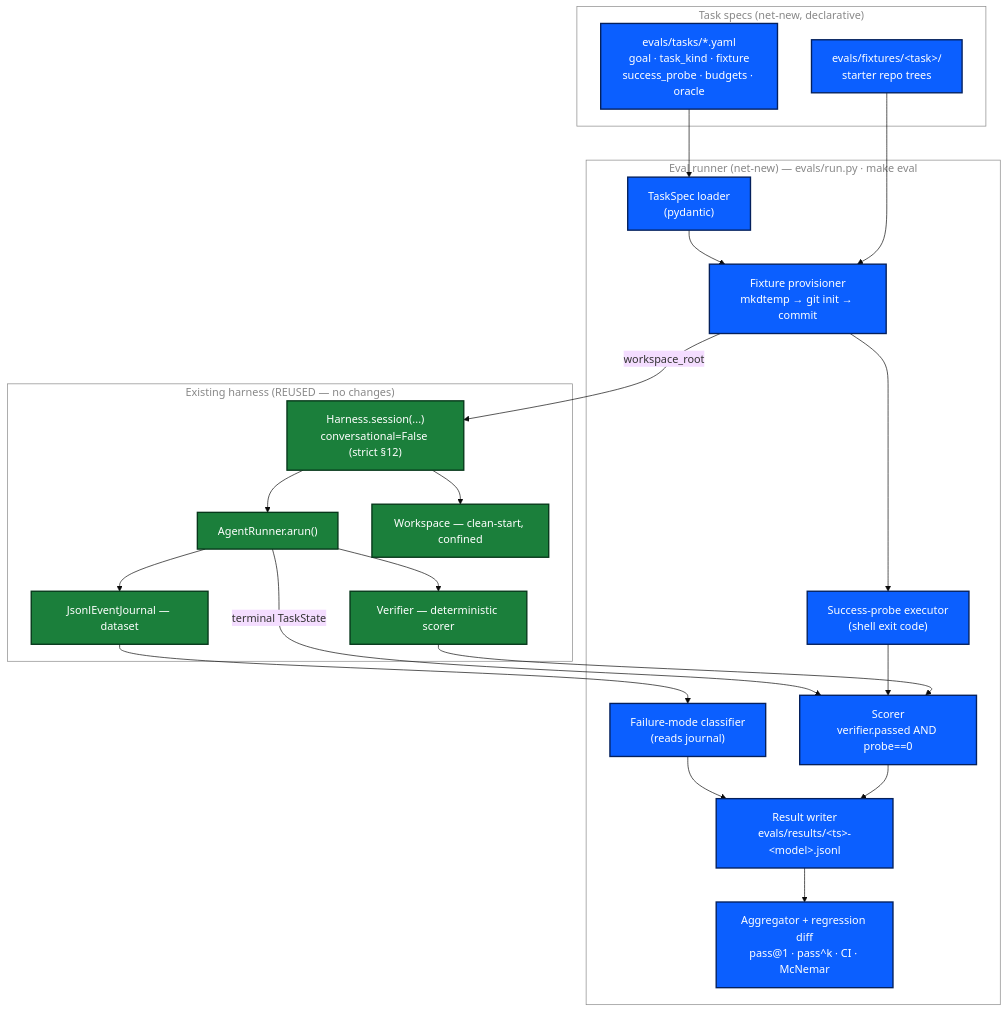
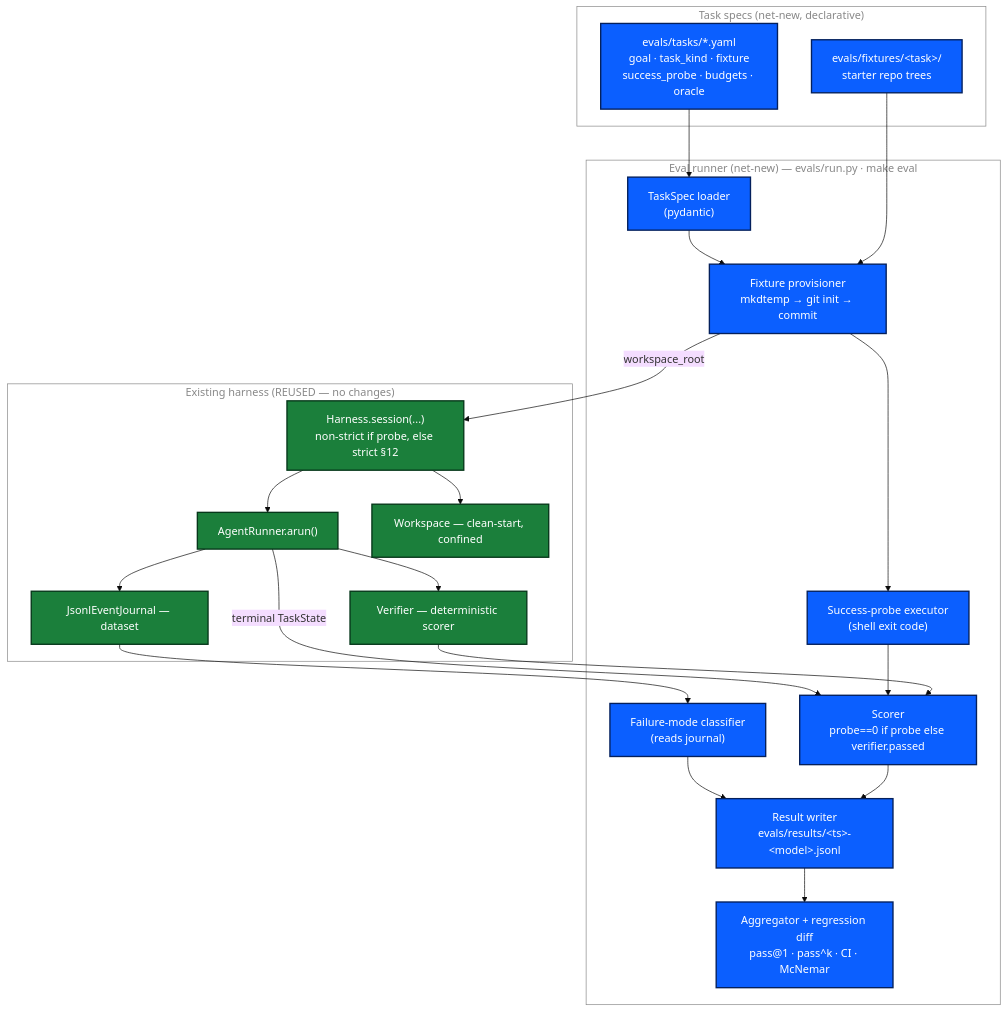
Before and after one commit to codexceed/avatar-harness: the first of 5 diagrams in docs/eval-harness-design.md, drawn with Mermaid (base theme). The commit also changed other lines of this file and 9 other files, not shown here.

````diff
--- a/docs/eval-harness-design.md
+++ b/docs/eval-harness-design.md
@@ -51,45 +51,45 @@
 ```mermaid
 flowchart TB
     subgraph specs["Task specs (net-new, declarative)"]
         YAML["evals/tasks/*.yaml<br/>goal · task_kind · fixture<br/>success_probe · budgets · oracle"]
         FIX["evals/fixtures/&lt;task&gt;/<br/>starter repo trees"]
     end
 
     subgraph runner["Eval runner (net-new) — evals/run.py · make eval"]
         LOAD["TaskSpec loader<br/>(pydantic)"]
         PROV["Fixture provisioner<br/>mkdtemp → git init → commit"]
-        SCORE["Scorer<br/>verifier.passed AND probe==0"]
+        SCORE["Scorer<br/>probe==0 if probe else verifier.passed"]
         PROBE["Success-probe executor<br/>(shell exit code)"]
         CLS["Failure-mode classifier<br/>(reads journal)"]
         WRITE["Result writer<br/>evals/results/&lt;ts&gt;-&lt;model&gt;.jsonl"]
         AGG["Aggregator + regression diff<br/>pass@1 · pass^k · CI · McNemar"]
     end
 
     subgraph core["Existing harness (REUSED — no changes)"]
-        H["Harness.session(...)<br/>conversational=False (strict §12)"]
+        H["Harness.session(...)<br/>non-strict if probe, else strict §12"]
         AR["AgentRunner.arun()"]
         V["Verifier — deterministic scorer"]
         J["JsonlEventJournal — dataset"]
         WS["Workspace — clean-start, confined"]
     end
 
     YAML --> LOAD --> PROV
     FIX --> PROV
     PROV -->|workspace_root| H
     H --> AR --> V
     AR --> J
     H --> WS
     AR -->|terminal TaskState| SCORE
     PROV --> PROBE --> SCORE
     V --> SCORE
     J --> CLS --> WRITE
     SCORE --> WRITE
     WRITE --> AGG
 
     classDef new fill:#0b5fff,color:#ffffff,stroke:#04205c,stroke-width:2px;
     classDef reuse fill:#1b7f3b,color:#ffffff,stroke:#06371a,stroke-width:2px;
     classDef grp fill:transparent,stroke:#888,stroke-width:1px,color:#888;
     class YAML,FIX,LOAD,PROV,SCORE,PROBE,CLS,WRITE,AGG new;
     class H,AR,V,J,WS reuse;
     class specs,runner,core grp;
 ```
````
